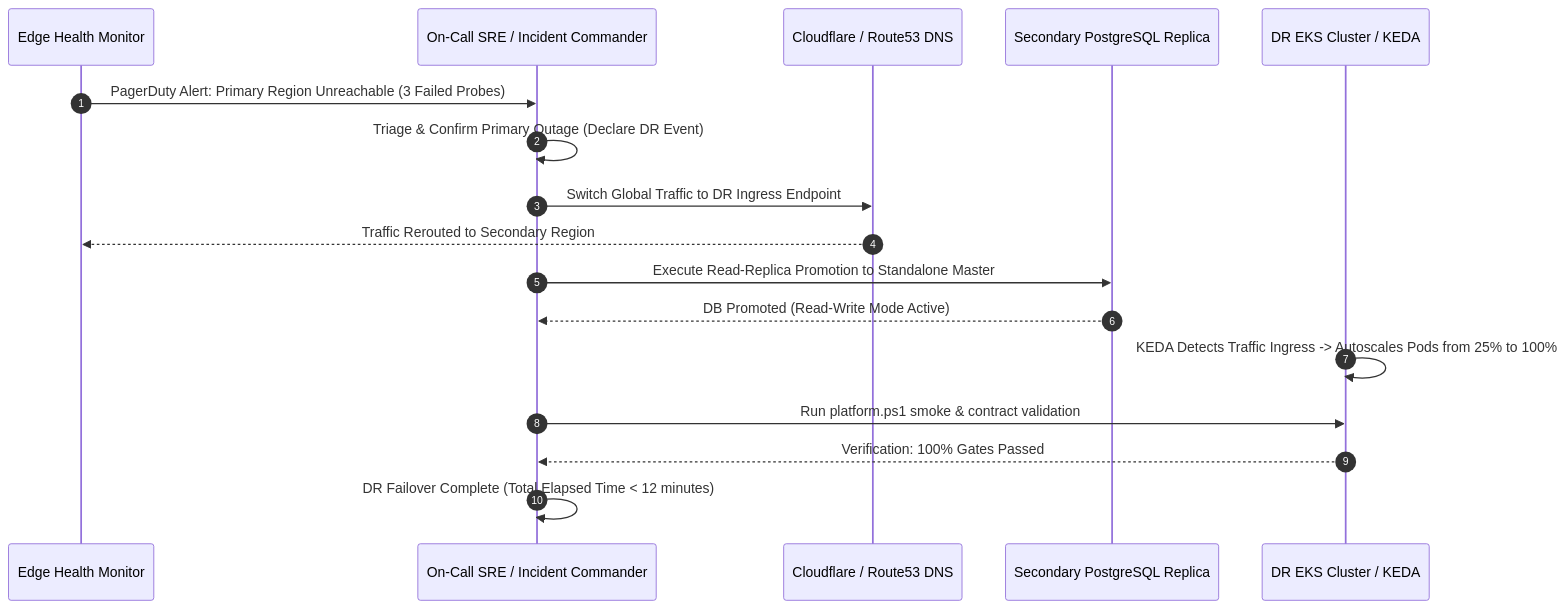
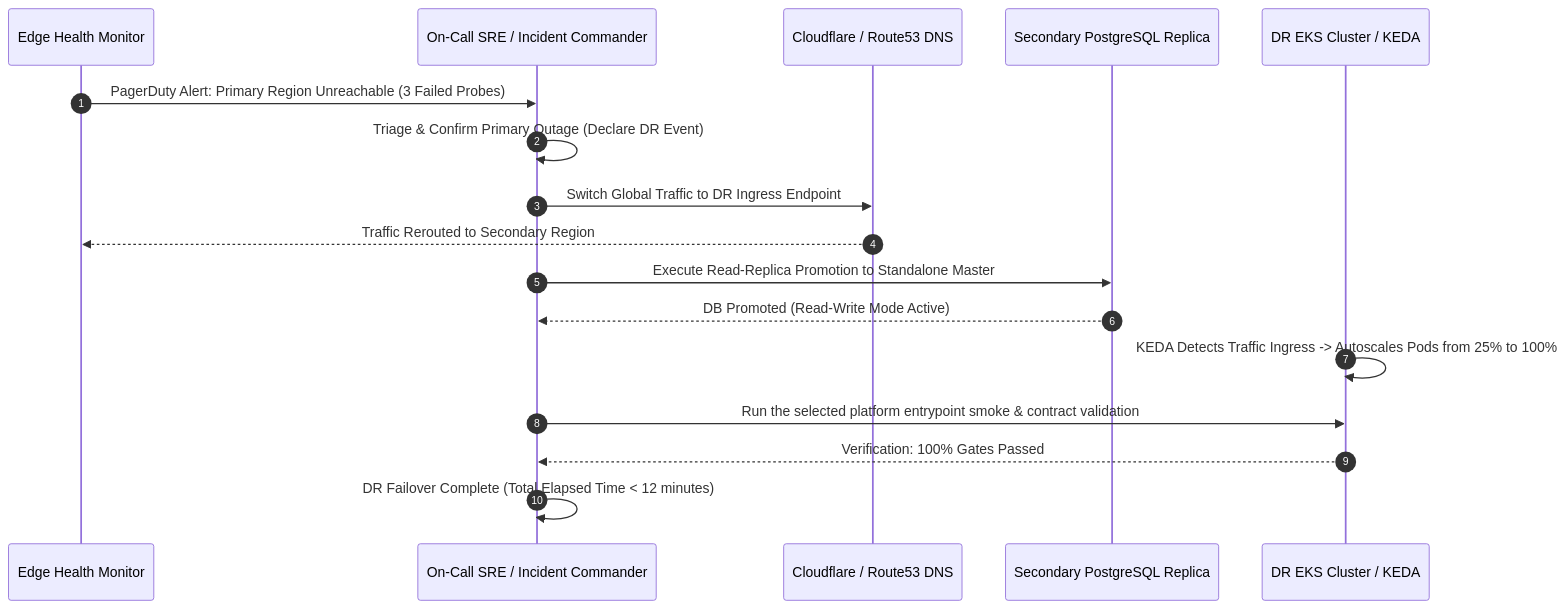
The third of 3 diagrams in docs/01-architecture/DISASTER_RECOVERY_STRATEGY.md (GeorgeGxx/microservices-architecture), drawn with Mermaid before and after one commit. The commit also changed other lines of this file and 18 other files, not shown here.

````diff
--- a/docs/01-architecture/DISASTER_RECOVERY_STRATEGY.md
+++ b/docs/01-architecture/DISASTER_RECOVERY_STRATEGY.md
@@ -94,20 +94,20 @@
 ```mermaid
 sequenceDiagram
     autonumber
     participant Mon as Edge Health Monitor
     participant SRE as On-Call SRE / Incident Commander
     participant DNS as Cloudflare / Route53 DNS
     participant DB as Secondary PostgreSQL Replica
     participant K8s as DR EKS Cluster / KEDA
 
     Mon->>SRE: PagerDuty Alert: Primary Region Unreachable (3 Failed Probes)
     SRE->>SRE: Triage & Confirm Primary Outage (Declare DR Event)
     SRE->>DNS: Switch Global Traffic to DR Ingress Endpoint
     DNS-->>Mon: Traffic Rerouted to Secondary Region
     SRE->>DB: Execute Read-Replica Promotion to Standalone Master
     DB-->>SRE: DB Promoted (Read-Write Mode Active)
     K8s->>K8s: KEDA Detects Traffic Ingress -> Autoscales Pods from 25% to 100%
-    SRE->>K8s: Run platform.ps1 smoke & contract validation
+    SRE->>K8s: Run the selected platform entrypoint smoke & contract validation
     K8s-->>SRE: Verification: 100% Gates Passed
     SRE->>SRE: DR Failover Complete (Total Elapsed Time < 12 minutes)
 ```
````
